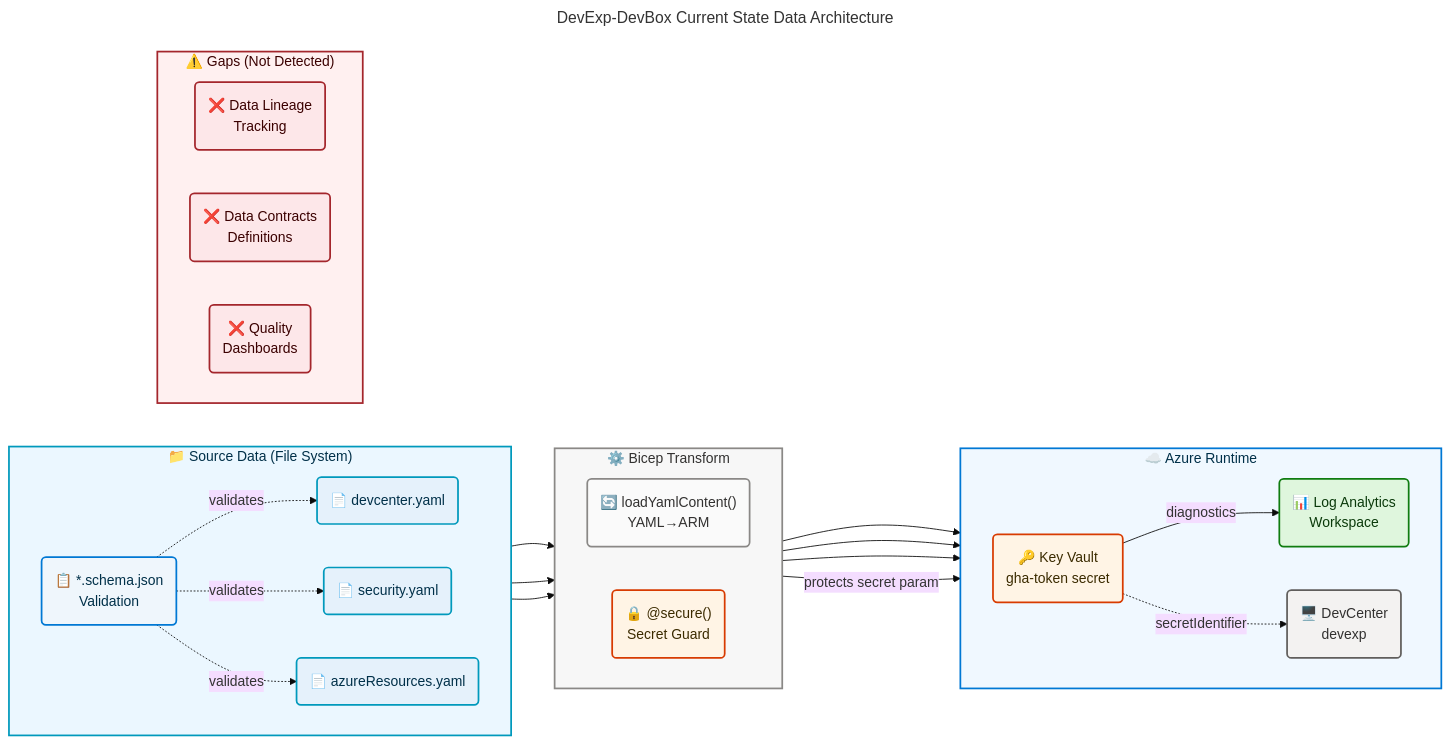
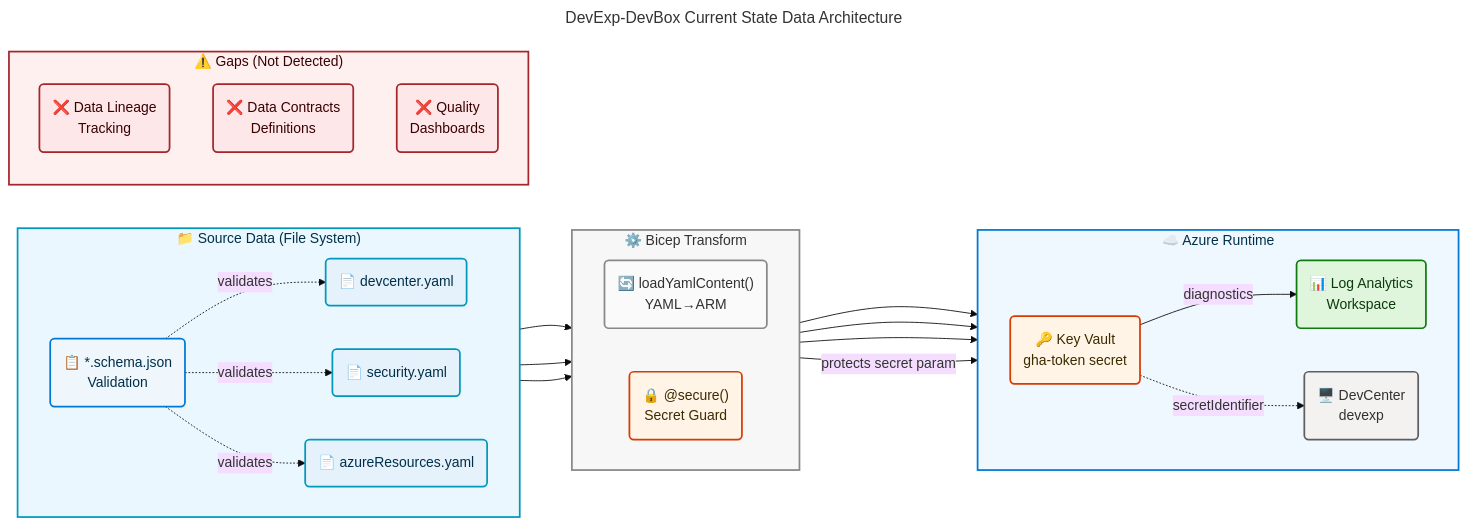
Before and after one commit to Evilazaro/DevExp-DevBox: the second of 4 diagrams in docs/architecture/data-arch.md, drawn with Mermaid.

Commit message:
Change flow direction in GAP subgraph from left-to-right to top-to-bottom for improved clarity

````diff
--- a/docs/architecture/data-arch.md
+++ b/docs/architecture/data-arch.md
@@ -455,74 +455,74 @@
 ```mermaid
 ---
 title: DevExp-DevBox Current State Data Architecture
 config:
   theme: base
   look: classic
   layout: dagre
   themeVariables:
     fontSize: '16px'
   flowchart:
     htmlLabels: true
 ---
 flowchart LR
     accTitle: DevExp-DevBox Current State Data Architecture
     accDescr: Current state showing configuration data flowing through Bicep transformation into Azure Key Vault and Log Analytics Workspace, with gaps in data lineage and data contracts highlighted.
 
     %% ═══════════════════════════════════════════════════════════════════════════
     %% AZURE / FLUENT ARCHITECTURE PATTERN v2.0
     %% ═══════════════════════════════════════════════════════════════════════════
 
     subgraph SRC["📁 Source Data (File System)"]
         direction LR
         YAML1("📄 devcenter.yaml"):::data
         YAML2("📄 security.yaml"):::data
         YAML3("📄 azureResources.yaml"):::data
         SCHEMA1("📋 *.schema.json<br/>Validation"):::schema
     end
 
     subgraph TRANS["⚙️ Bicep Transform"]
         direction LR
         LOAD2("🔄 loadYamlContent()<br/>YAML→ARM"):::neutral
         SECURE("🔒 @secure()<br/>Secret Guard"):::security
     end
 
     subgraph AZURE["☁️ Azure Runtime"]
         direction LR
         KV2("🔑 Key Vault<br/>gha-token secret"):::security
         LA2("📊 Log Analytics<br/>Workspace"):::observability
         DC2("🖥️ DevCenter<br/>devexp"):::workload
     end
 
     subgraph GAP["⚠️ Gaps (Not Detected)"]
-        direction LR
+        direction TB
         G1("❌ Data Lineage<br/>Tracking"):::gap
         G2("❌ Data Contracts<br/>Definitions"):::gap
         G3("❌ Quality<br/>Dashboards"):::gap
     end
 
     SCHEMA1 -.->|validates| YAML1
     SCHEMA1 -.->|validates| YAML2
     SCHEMA1 -.->|validates| YAML3
     YAML1 --> LOAD2
     YAML2 --> LOAD2
     YAML3 --> LOAD2
     LOAD2 --> KV2
     LOAD2 --> LA2
     LOAD2 --> DC2
     SECURE -->|protects secret param| KV2
     KV2 -->|diagnostics| LA2
     KV2 -.->|secretIdentifier| DC2
 
     classDef data fill:#E5F1FB,stroke:#0099BC,stroke-width:2px,color:#003049
     classDef schema fill:#EFF6FC,stroke:#0078D4,stroke-width:2px,color:#003049
     classDef neutral fill:#FAFAFA,stroke:#8A8886,stroke-width:2px,color:#323130
     classDef security fill:#FFF4E5,stroke:#D83B01,stroke-width:2px,color:#3B2B00
     classDef observability fill:#DFF6DD,stroke:#107C10,stroke-width:2px,color:#0B3A0B
     classDef workload fill:#F3F2F1,stroke:#605E5C,stroke-width:2px,color:#323130
     classDef gap fill:#FDE7E9,stroke:#A4262C,stroke-width:2px,color:#3B0000
 
     style SRC fill:#EBF7FF,stroke:#0099BC,stroke-width:2px,color:#003049
     style TRANS fill:#F7F7F7,stroke:#8A8886,stroke-width:2px,color:#323130
     style AZURE fill:#F0F8FF,stroke:#0078D4,stroke-width:2px,color:#003049
     style GAP fill:#FFF0F0,stroke:#A4262C,stroke-width:2px,color:#3B0000
 ```
````
